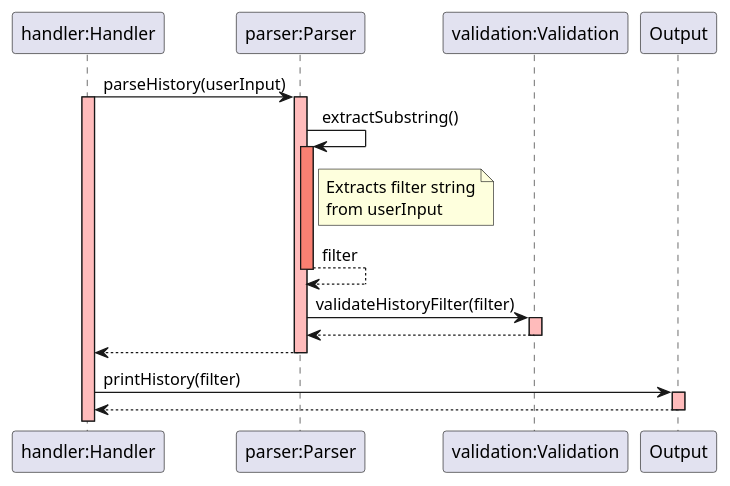
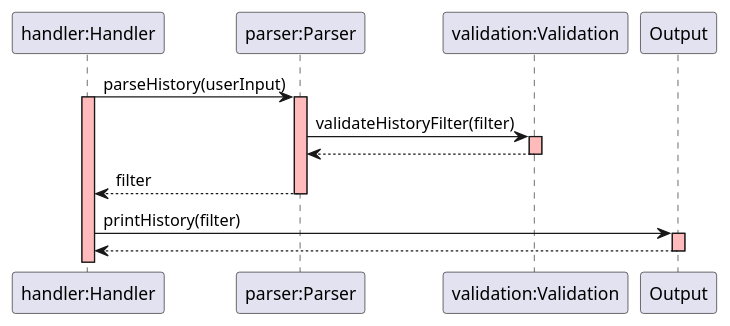
The diagram in docs/puml/sequence_diagrams/history_sequence.puml (rouvinerh/tp), drawn with PlantUML before and after one commit. The commit also changed 8 other files, not shown here.

Commit message:
edit DG diagrams and wording

```diff
--- a/docs/puml/sequence_diagrams/history_sequence.puml
+++ b/docs/puml/sequence_diagrams/history_sequence.puml
@@ -1,28 +1,22 @@
 @startuml
 skinparam sequenceReferenceBackgroundColor lightblue
 participant "handler:Handler" as Handler
 participant "parser:Parser" as Parser
 participant "validation:Validation" as Validation
 
 
 Handler -> Parser: parseHistory(userInput)
 activate Handler #FFBBBB
 activate Parser #FFBBBB
 
-    Parser -> Parser: extractSubstring() 
-    note right of Parser: Extracts filter string\nfrom userInput
-    activate Parser #Salmon
-    Parser --> Parser: filter
-    deactivate Parser #Salmon
-
     Parser -> Validation: validateHistoryFilter(filter) 
     activate Validation #FFBBBB
     Validation --> Parser: 
     deactivate Validation #FFBBBB
-    Parser --> Handler
+    Parser --> Handler: filter
 deactivate Parser
 Handler -> Output : printHistory(filter)
 activate Output #FFBBBB
 Output --> Handler
 deactivate Output
 @enduml
```
